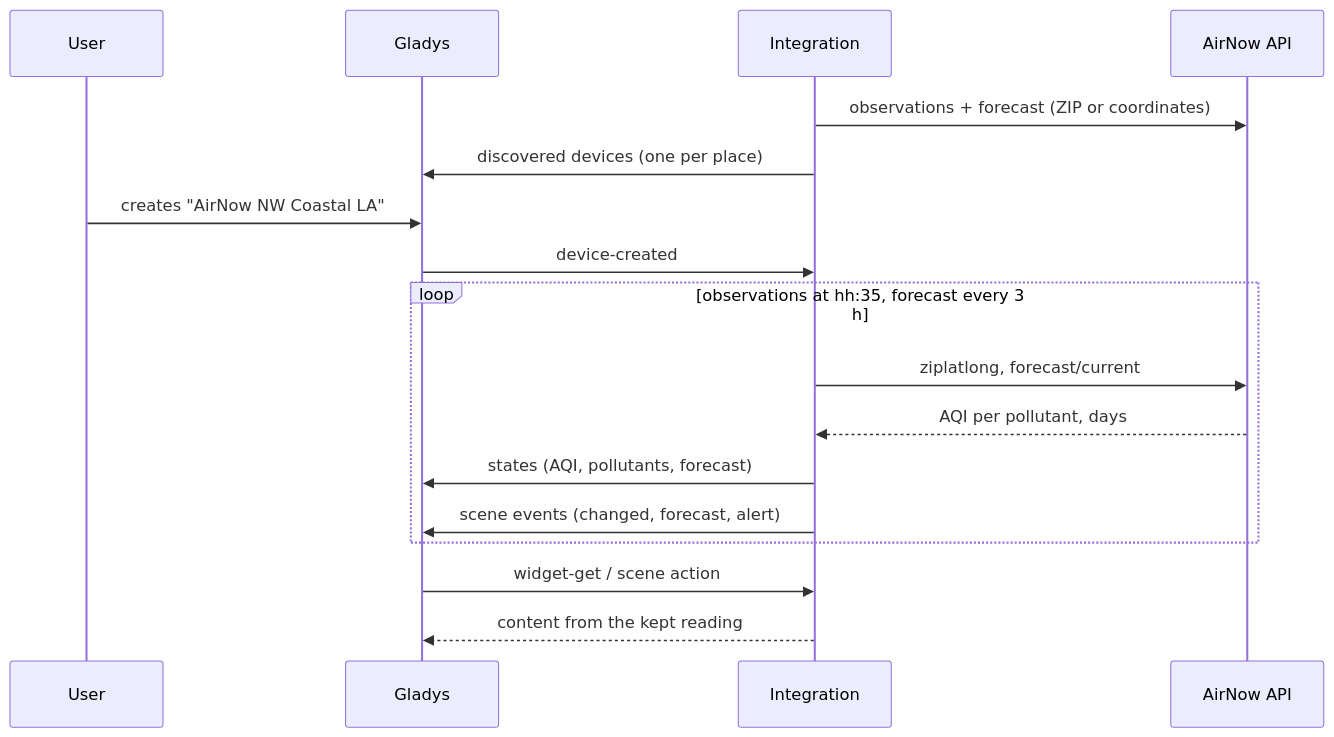
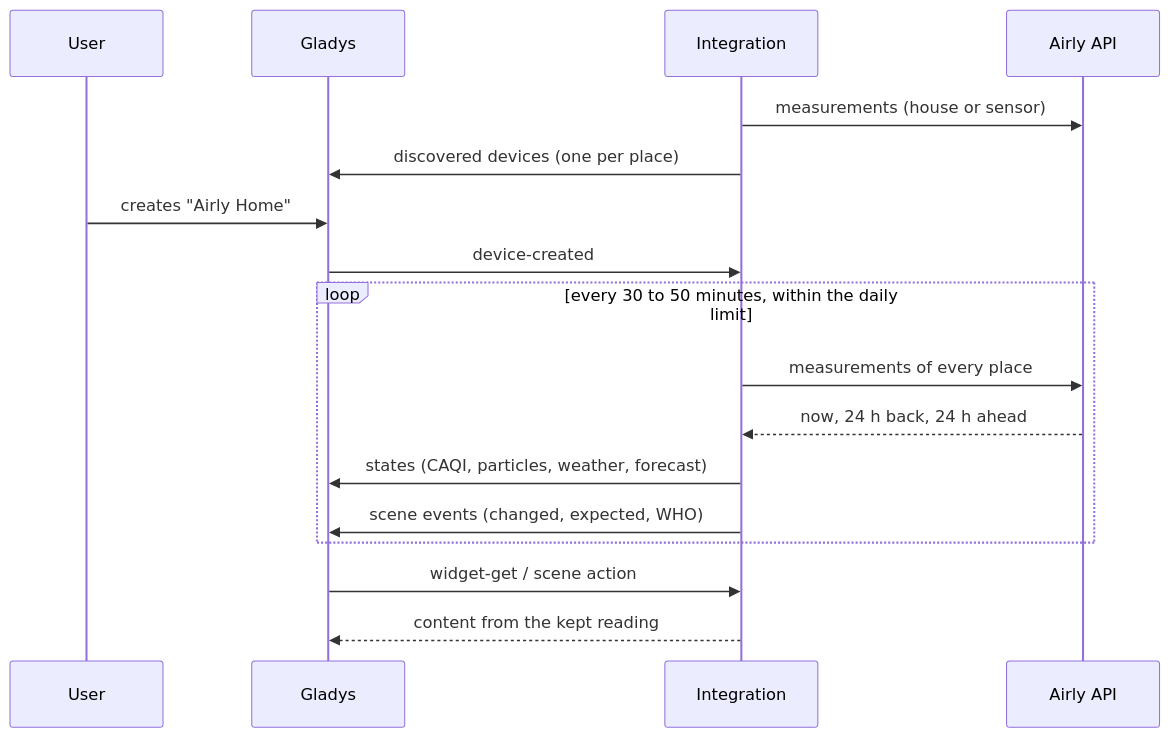
Before and after one commit to William-De71/gladys-airly: the second of 2 diagrams in README.md, drawn with Mermaid. The commit also changed other lines of this file and 22 other files, not shown here.

````diff
--- a/README.md
+++ b/README.md
@@ -36,19 +36,19 @@
 ```mermaid
 sequenceDiagram
   participant U as User
   participant G as Gladys
   participant I as Integration
-  participant A as AirNow API
-  I->>A: observations + forecast (ZIP or coordinates)
+  participant A as Airly API
+  I->>A: measurements (house or sensor)
   I->>G: discovered devices (one per place)
-  U->>G: creates "AirNow NW Coastal LA"
+  U->>G: creates "Airly Home"
   G->>I: device-created
-  loop observations at hh:35, forecast every 3 h
-    I->>A: ziplatlong, forecast/current
-    A-->>I: AQI per pollutant, days
-    I->>G: states (AQI, pollutants, forecast)
-    I->>G: scene events (changed, forecast, alert)
+  loop every 30 to 50 minutes, within the daily limit
+    I->>A: measurements of every place
+    A-->>I: now, 24 h back, 24 h ahead
+    I->>G: states (CAQI, particles, weather, forecast)
+    I->>G: scene events (changed, expected, WHO)
   end
   G->>I: widget-get / scene action
   I-->>G: content from the kept reading
 ```
````
